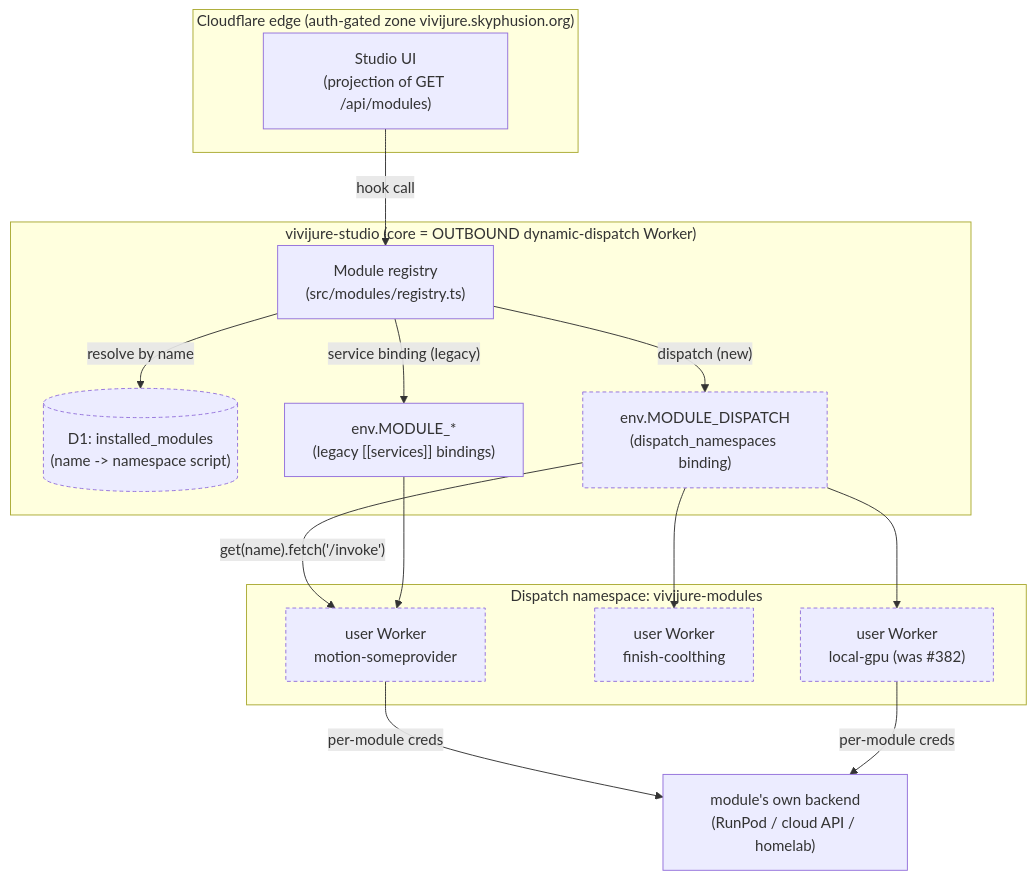
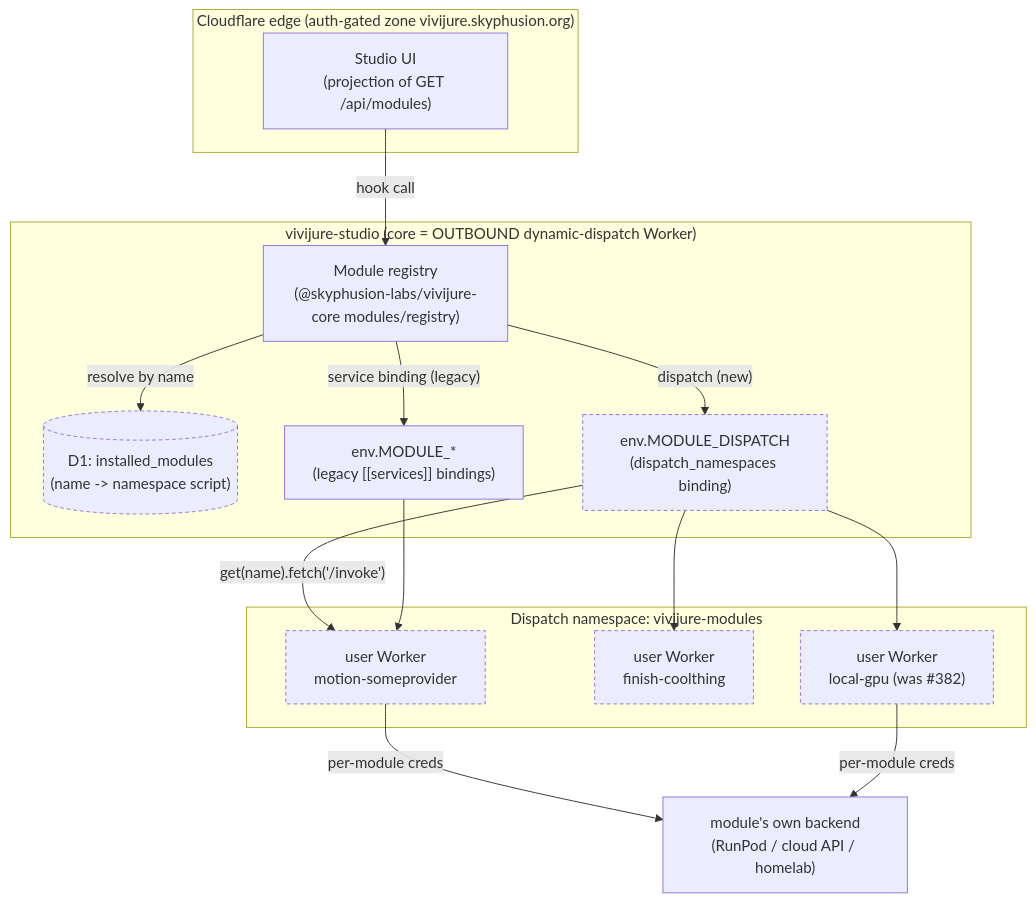
The first of 2 diagrams in docs/module-dispatch.md (skyphusion-labs/vivijure-cf), drawn with Mermaid before and after one commit. The commit also changed other lines of this file and 9 other files, not shown here.

First line of the commit message:
docs: audit match code -- 12 hooks, core SoT paths, 21 modules (#459)

````diff
--- a/docs/module-dispatch.md
+++ b/docs/module-dispatch.md
@@ -63,35 +63,35 @@
 ```mermaid
 flowchart TD
   subgraph edge["Cloudflare edge (auth-gated zone vivijure.skyphusion.org)"]
     UI["Studio UI<br/>(projection of GET /api/modules)"]
   end
 
   subgraph core["vivijure-studio (core = OUTBOUND dynamic-dispatch Worker)"]
-    REG["Module registry<br/>(src/modules/registry.ts)"]
+    REG["Module registry<br/>(@skyphusion-labs/vivijure-core modules/registry)"]
     DB[("D1: installed_modules<br/>(name -> namespace script)")]
     DISP["env.MODULE_DISPATCH<br/>(dispatch_namespaces binding)"]
     SB["env.MODULE_*<br/>(legacy [[services]] bindings)"]
   end
 
   subgraph ns["Dispatch namespace: vivijure-modules"]
     M1["user Worker<br/>motion-someprovider"]
     M2["user Worker<br/>finish-coolthing"]
     M3["user Worker<br/>local-gpu (was #382)"]
   end
 
   RUNPOD["module's own backend<br/>(RunPod / cloud API / homelab)"]
 
   UI -->|hook call| REG
   REG -->|"resolve by name"| DB
   REG -->|"dispatch (new)"| DISP
   REG -->|"service binding (legacy)"| SB
   DISP -->|"get(name).fetch('/invoke')"| M1
   DISP --> M2
   DISP --> M3
   SB --> M1
   M1 -->|"per-module creds"| RUNPOD
   M3 -->|"per-module creds"| RUNPOD
 
   classDef new stroke-dasharray: 4 3;
   class DISP,DB,M1,M2,M3 new;
 ```
````
